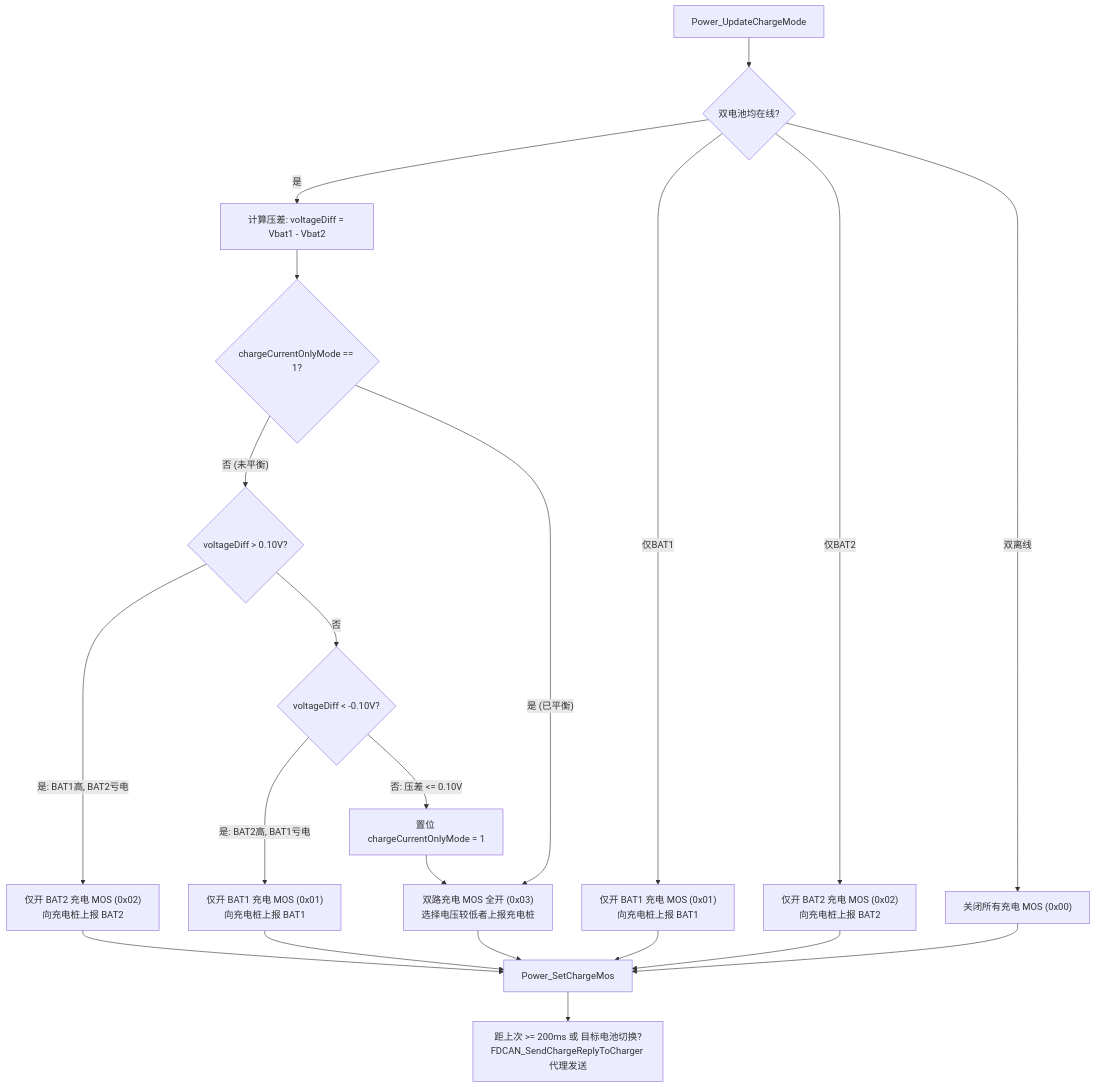
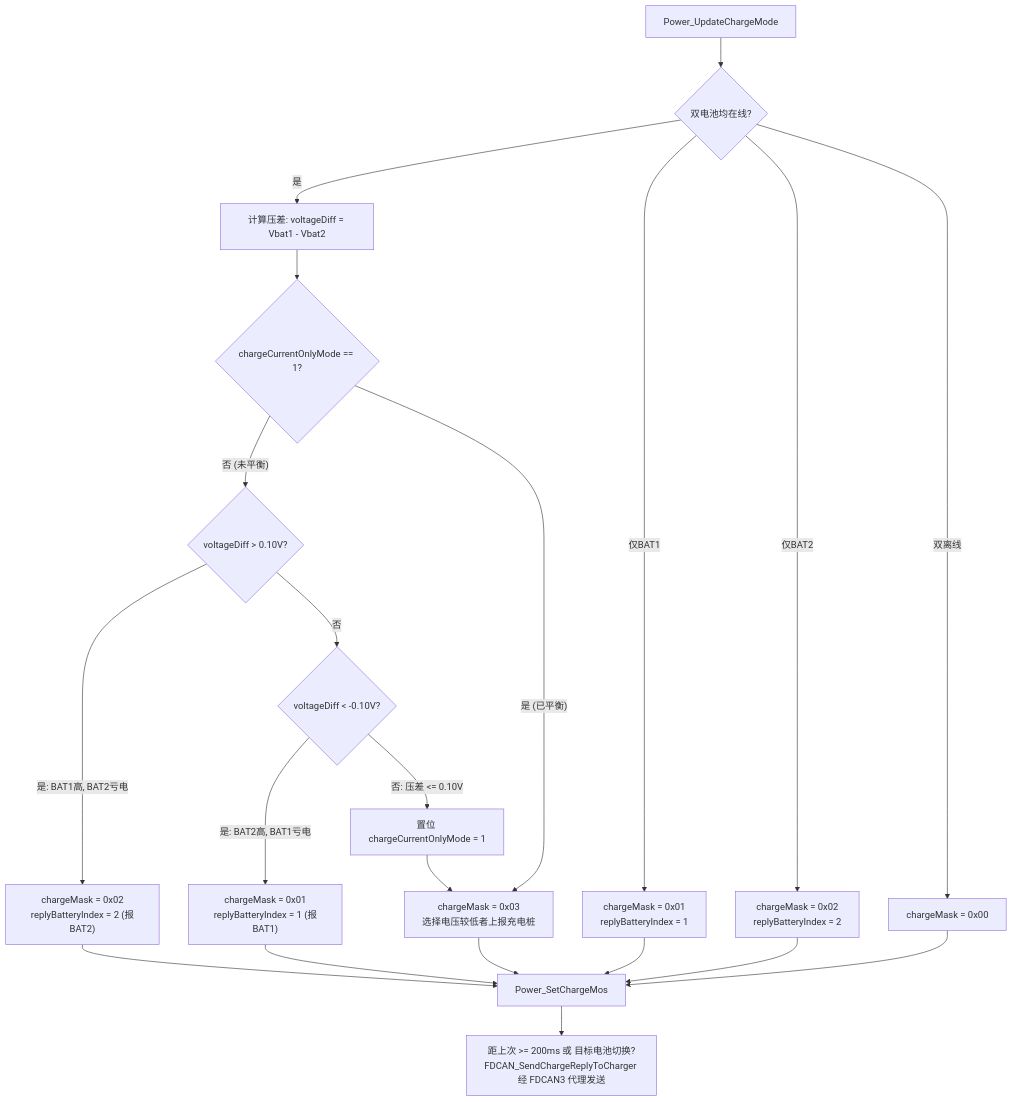
Before and after one commit to wajmh/D-Y: the second of 2 diagrams in 充电控制逻辑与协议交互.md, drawn with Mermaid. The commit also changed other lines of this file and 19 other files, not shown here.

````diff
--- a/充电控制逻辑与协议交互.md
+++ b/充电控制逻辑与协议交互.md
@@ -173,29 +220,29 @@
 ```mermaid
 flowchart TD
     Start[Power_UpdateChargeMode] --> CheckPres{双电池均在线?}
     
     CheckPres -- 是 --> CalcDiff["计算压差: voltageDiff = Vbat1 - Vbat2"]
     CalcDiff --> CheckMode{chargeCurrentOnlyMode == 1?}
     
     CheckMode -- 否 (未平衡) --> D1{voltageDiff > 0.10V?}
-    D1 -- 是: BAT1高, BAT2亏电 --> Act1["仅开 BAT2 充电 MOS (0x02)<br>向充电桩上报 BAT2"]
+    D1 -- 是: BAT1高, BAT2亏电 --> Act1["chargeMask = 0x02<br>replyBatteryIndex = 2 (报BAT2)"]
     D1 -- 否 --> D2{voltageDiff < -0.10V?}
-    D2 -- 是: BAT2高, BAT1亏电 --> Act2["仅开 BAT1 充电 MOS (0x01)<br>向充电桩上报 BAT1"]
+    D2 -- 是: BAT2高, BAT1亏电 --> Act2["chargeMask = 0x01<br>replyBatteryIndex = 1 (报BAT1)"]
     D2 -- 否: 压差 <= 0.10V --> SetBal["置位 chargeCurrentOnlyMode = 1"]
     
     SetBal --> ActBoth
-    CheckMode -- 是 (已平衡) --> ActBoth["双路充电 MOS 全开 (0x03)<br>选择电压较低者上报充电桩"]
+    CheckMode -- 是 (已平衡) --> ActBoth["chargeMask = 0x03<br>选择电压较低者上报充电桩"]
     
-    CheckPres -- 仅BAT1 --> Only1["仅开 BAT1 充电 MOS (0x01)<br>向充电桩上报 BAT1"]
-    CheckPres -- 仅BAT2 --> Only2["仅开 BAT2 充电 MOS (0x02)<br>向充电桩上报 BAT2"]
-    CheckPres -- 双离线 --> AllOff["关闭所有充电 MOS (0x00)"]
+    CheckPres -- 仅BAT1 --> Only1["chargeMask = 0x01<br>replyBatteryIndex = 1"]
+    CheckPres -- 仅BAT2 --> Only2["chargeMask = 0x02<br>replyBatteryIndex = 2"]
+    CheckPres -- 双离线 --> AllOff["chargeMask = 0x00"]
     
     Act1 --> ApplyMos[Power_SetChargeMos]
     Act2 --> ApplyMos
     ActBoth --> ApplyMos
     Only1 --> ApplyMos
     Only2 --> ApplyMos
     AllOff --> ApplyMos
     
-    ApplyMos --> TxReply["距上次 >= 200ms 或 目标电池切换?<br>FDCAN_SendChargeReplyToCharger 代理发送"]
+    ApplyMos --> TxReply["距上次 >= 200ms 或 目标电池切换?<br>FDCAN_SendChargeReplyToCharger 经 FDCAN3 代理发送"]
 ```
````
